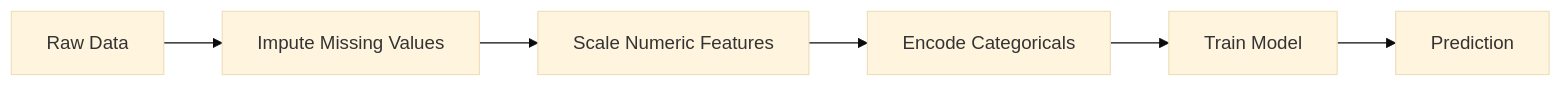
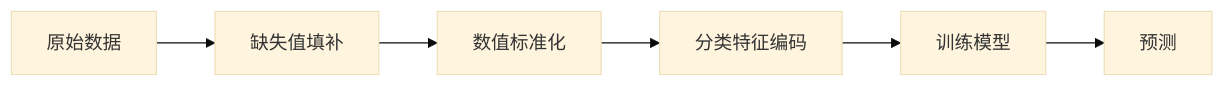
The diagram in phases/02-ml-fundamentals/13-ml-pipelines/docs/zh.md (omigaZen/ai-engineering-from-scratch), drawn with Mermaid (base theme) before and after one commit. The commit also changed other lines of this file, not shown here.

````diff
--- a/phases/02-ml-fundamentals/13-ml-pipelines/docs/zh.md
+++ b/phases/02-ml-fundamentals/13-ml-pipelines/docs/zh.md
@@ -51,8 +42,8 @@
 ```mermaid
 flowchart LR
-    A[Raw Data] --> B[Impute Missing Values]
-    B --> C[Scale Numeric Features]
-    C --> D[Encode Categoricals]
-    D --> E[Train Model]
-    E --> F[Prediction]
+    A[原始数据] --> B[缺失值填补]
+    B --> C[数值标准化]
+    C --> D[分类特征编码]
+    D --> E[训练模型]
+    E --> F[预测]
 ```
````
